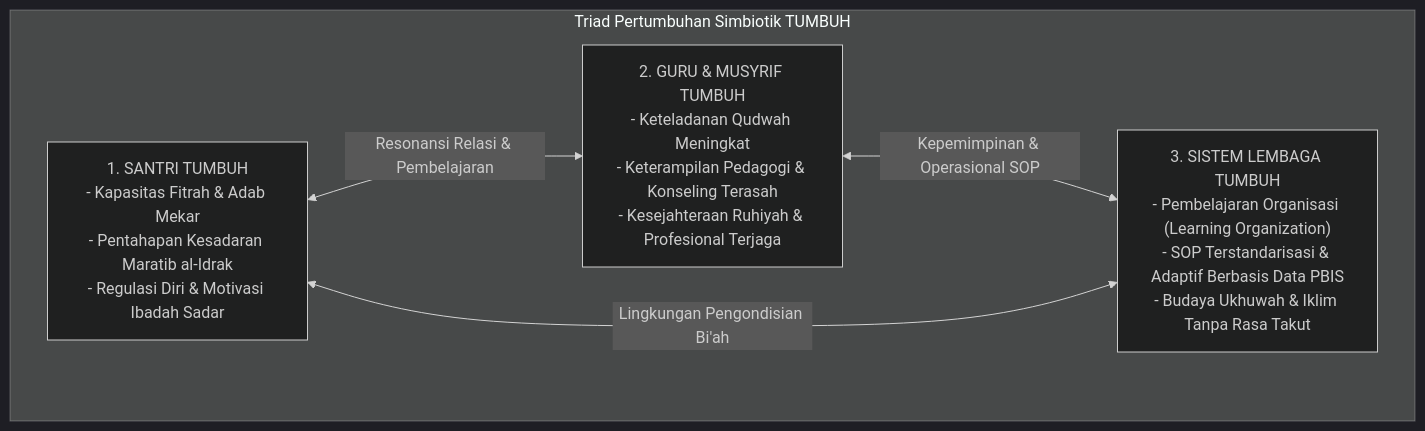
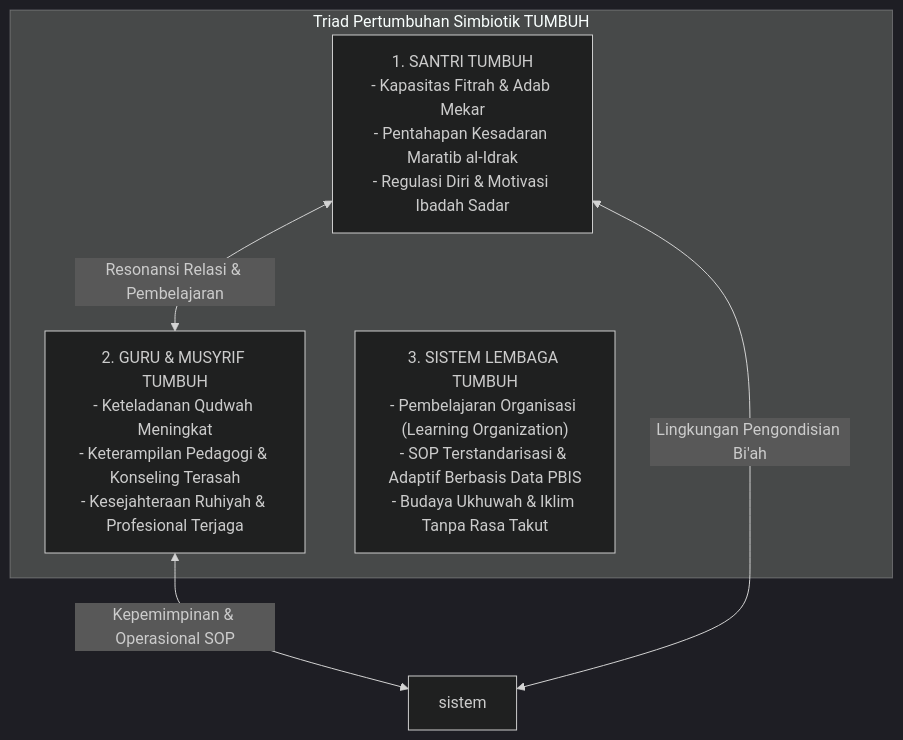
One commit to wandiapriliyandi/tumbuh changed the diagram in 01 Philosophy/P1-00-Model-Pertumbuhan-Triadik.md. Above: the diagram before and after it, drawn with Mermaid (dark theme). The commit also changed 605 other files, not shown here.

````diff
--- a/01 Philosophy/P1-00-Model-Pertumbuhan-Triadik.md
+++ b/01 Philosophy/P1-00-Model-Pertumbuhan-Triadik.md
@@ -18,12 +18,11 @@
 ```mermaid
 graph TD
     subgraph Ekosistem_TUMBUH["Triad Pertumbuhan Simbiotik TUMBUH"]
         Santri["1. SANTRI TUMBUH<br/>- Kapasitas Fitrah & Adab Mekar<br/>- Pentahapan Kesadaran Maratib al-Idrak<br/>- Regulasi Diri & Motivasi Ibadah Sadar"]
         Guru["2. GURU & MUSYRIF TUMBUH<br/>- Keteladanan Qudwah Meningkat<br/>- Keterampilan Pedagogi & Konseling Terasah<br/>- Kesejahteraan Ruhiyah & Profesional Terjaga"]
         Sistem["3. SISTEM LEMBAGA TUMBUH<br/>- Pembelajaran Organisasi (Learning Organization)<br/>- SOP Terstandarisasi & Adaptif Berbasis Data PBIS<br/>- Budaya Ukhuwah & Iklim Tanpa Rasa Takut"]
     end
 
     Santri <--> |Resonansi Relasi & Pembelajaran| Guru
-    Guru <--> |Kepemimpinan & Operasional SOP| Sistem
-    Sistem <--> |Lingkungan Pengondisian Bi'ah| Santri
+    Guru <--> |Kepemimpinan & Operasional SOP| sistem <--> |Lingkungan Pengondisian Bi'ah| Santri
 ```
````
